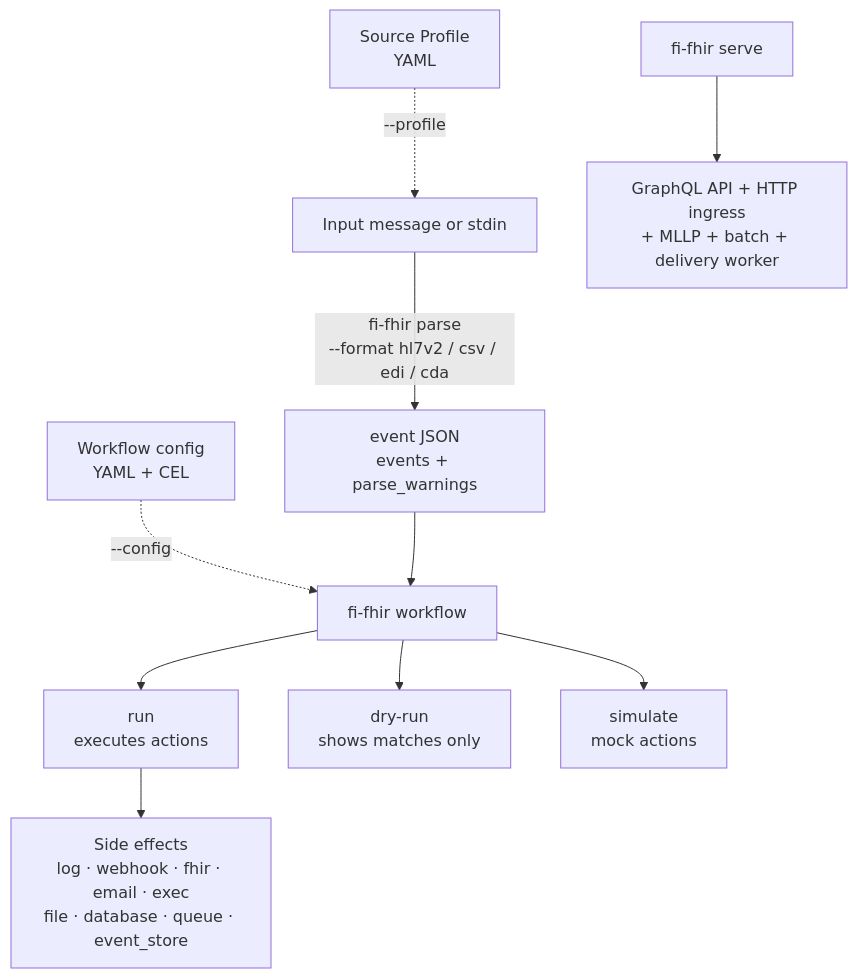
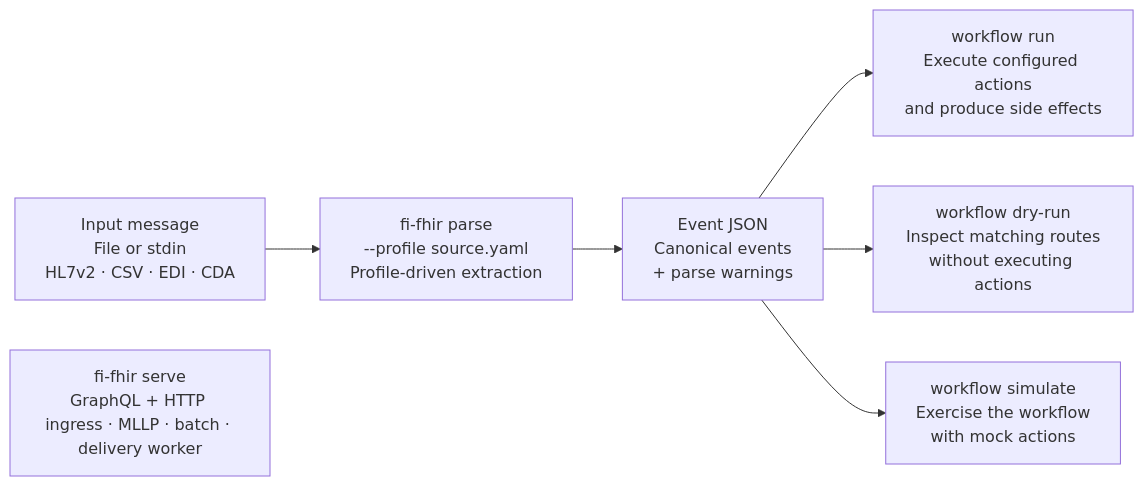
One commit to crb2nu/fi-fhir changed the diagram in docs/mermaid/cli-flow.mmd. Above: the diagram before and after it, drawn with Mermaid. The commit also changed 18 other files, not shown here.

First line of the commit message:
docs(diagrams): replace rough auto-layout with composed vector figures

```diff
--- a/docs/mermaid/cli-flow.mmd
+++ b/docs/mermaid/cli-flow.mmd
@@ -1,16 +1,16 @@
-flowchart TB
-  accTitle: fi-fhir CLI commands
-  accDescr: Parse a message into event JSON, then run a workflow, inspect matches with dry-run, or simulate with mock actions. The serve command starts the integration engine.
-  MSG[Input message or stdin] -->|fi-fhir parse<br/>--format hl7v2 / csv / edi / cda| EVT[event JSON<br/>events + parse_warnings]
-  PROF[Source Profile<br/>YAML] -.->|--profile| MSG
-  CFG[Workflow config<br/>YAML + CEL] -.->|--config| RUN
-
-  EVT --> RUN[fi-fhir workflow]
-
-  RUN --> SUBRUN[run<br/>executes actions]
-  RUN --> SUBDRY[dry-run<br/>shows matches only]
-  RUN --> SUBSIM[simulate<br/>mock actions]
-
-  SUBRUN --> OUT[Side effects<br/>log · webhook · fhir · email · exec<br/>file · database · queue · event_store]
-
-  SERVE[fi-fhir serve] --> NOTE[GraphQL API + HTTP ingress<br/>+ MLLP + batch + delivery worker]
+%% Generated from docs/diagrams/narratives.yaml; do not edit.
+flowchart LR
+  accTitle: Parse once. Choose how to run.
+  accDescr: The CLI turns a message into event JSON, then applies the workflow mode you select.
+  input["Input message<br/>File or stdin<br/>HL7v2 · CSV · EDI · CDA"]
+  parse["fi-fhir parse<br/>--profile source.yaml<br/>Profile-driven extraction"]
+  event["Event JSON<br/>Canonical events<br/>+ parse warnings"]
+  run["workflow run<br/>Execute configured actions<br/>and produce side effects"]
+  dry["workflow dry-run<br/>Inspect matching routes<br/>without executing actions"]
+  simulate["workflow simulate<br/>Exercise the workflow<br/>with mock actions"]
+  serve["fi-fhir serve<br/>GraphQL + HTTP ingress · MLLP · batch · delivery worker"]
+  input --> parse
+  parse --> event
+  event --> run
+  event --> dry
+  event --> simulate
```
